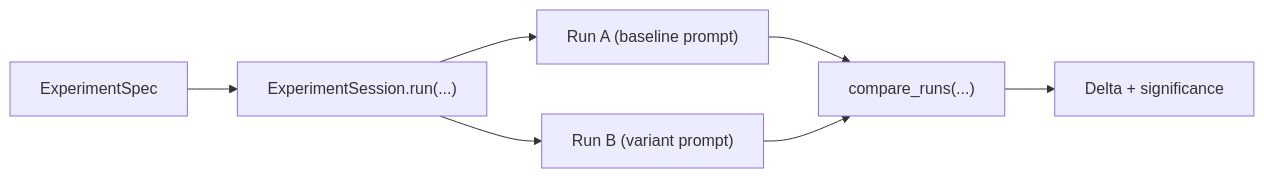
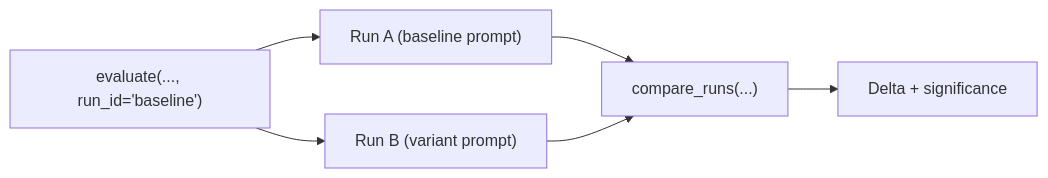
One commit to Pittawat2542/themis changed the third of 10 diagrams in docs/guides/countdown-tutorial.md. Above: the diagram before and after it, drawn with Mermaid. The commit also changed other lines of this file and 9 other files, not shown here.

Commit message:
docs: modernize all docs to 1.2.0 evaluate() API, remove ExperimentSession/ExperimentSpec and examples-simple refs

````diff
--- a/docs/guides/countdown-tutorial.md
+++ b/docs/guides/countdown-tutorial.md
@@ -486,9 +486,8 @@
 ```mermaid
 flowchart LR
-    A["ExperimentSpec"] --> B["ExperimentSession.run(...)"]
-    B --> C["Run A (baseline prompt)"]
-    B --> D["Run B (variant prompt)"]
-    C --> E["compare_runs(...)"]
-    D --> E
-    E --> F["Delta + significance"]
+    A["evaluate(..., run_id='baseline')"] --> B["Run A (baseline prompt)"]
+    A --> C["Run B (variant prompt)"]
+    B --> D["compare_runs(...)"]
+    C --> D
+    D --> E["Delta + significance"]
 ```
````
